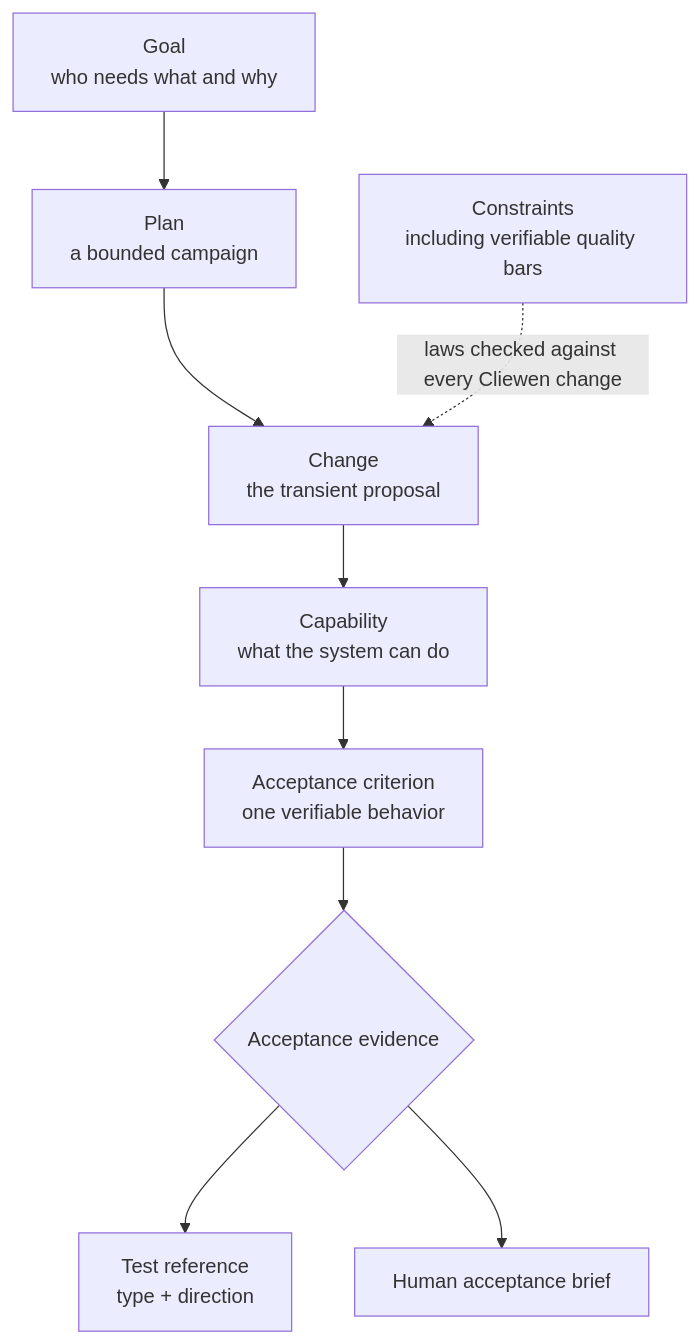
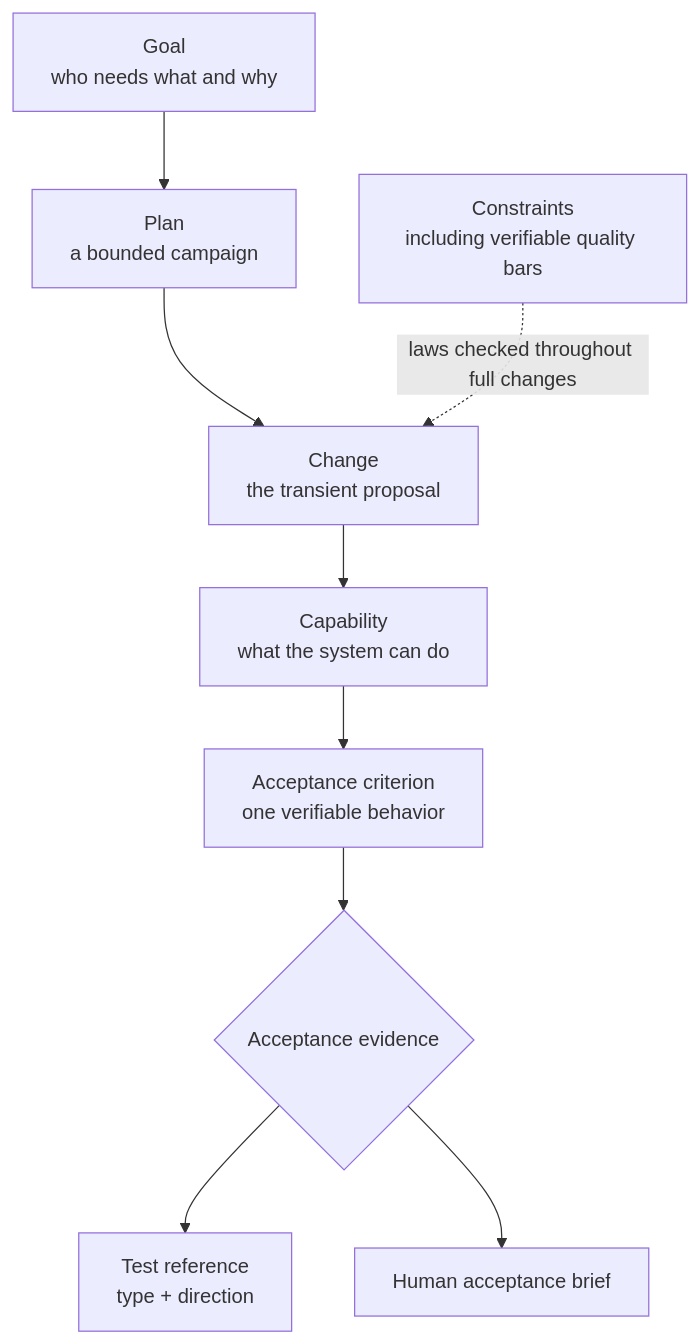
The diagram in guide/methodology.md (cliewen/cliewen), drawn with Mermaid before and after one commit. The commit also changed other lines of this file and 90 other files, not shown here.

````diff
--- a/guide/methodology.md
+++ b/guide/methodology.md
@@ -5,11 +5,11 @@
 ```mermaid
 flowchart TD
     G[Goal<br/>who needs what and why] --> P[Plan<br/>a bounded campaign]
     P --> CH[Change<br/>the transient proposal]
     CH --> CAP[Capability<br/>what the system can do]
     CAP --> AC[Acceptance criterion<br/>one verifiable behavior]
     AC --> E{Acceptance evidence}
     E --> T[Test reference<br/>type + direction]
     E --> H[Human acceptance brief]
-    C[Constraints<br/>including verifiable quality bars] -. laws checked against every Cliewen change .-> CH
+    C[Constraints<br/>including verifiable quality bars] -. laws checked throughout full changes .-> CH
 ```
````
